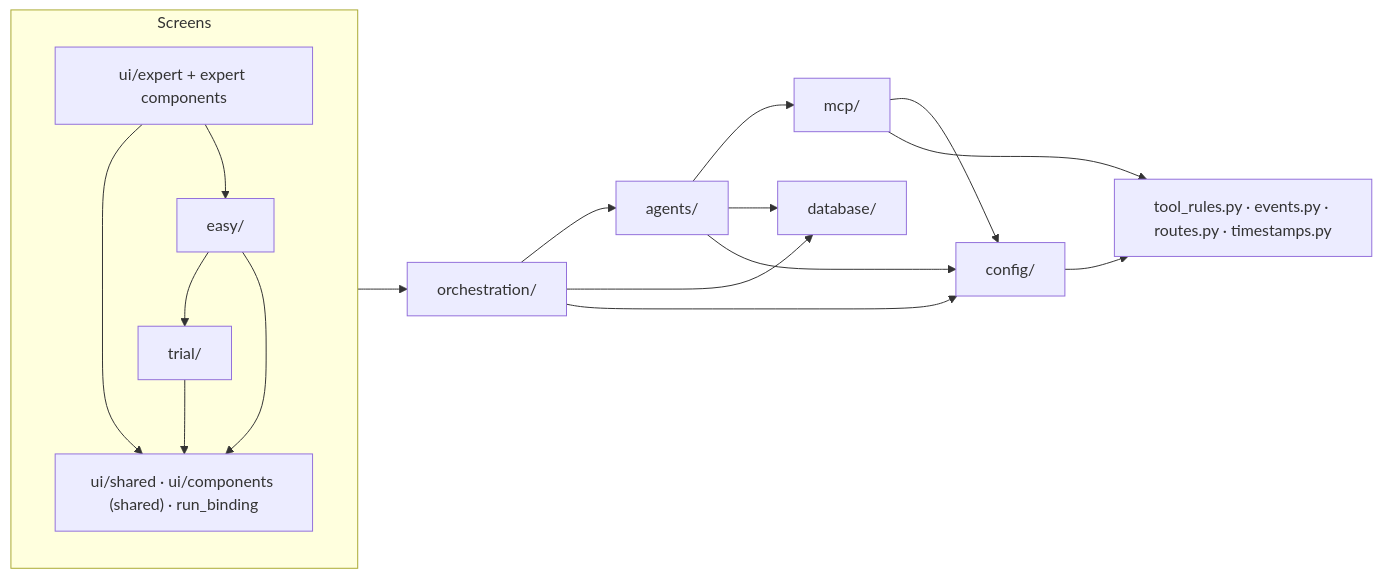
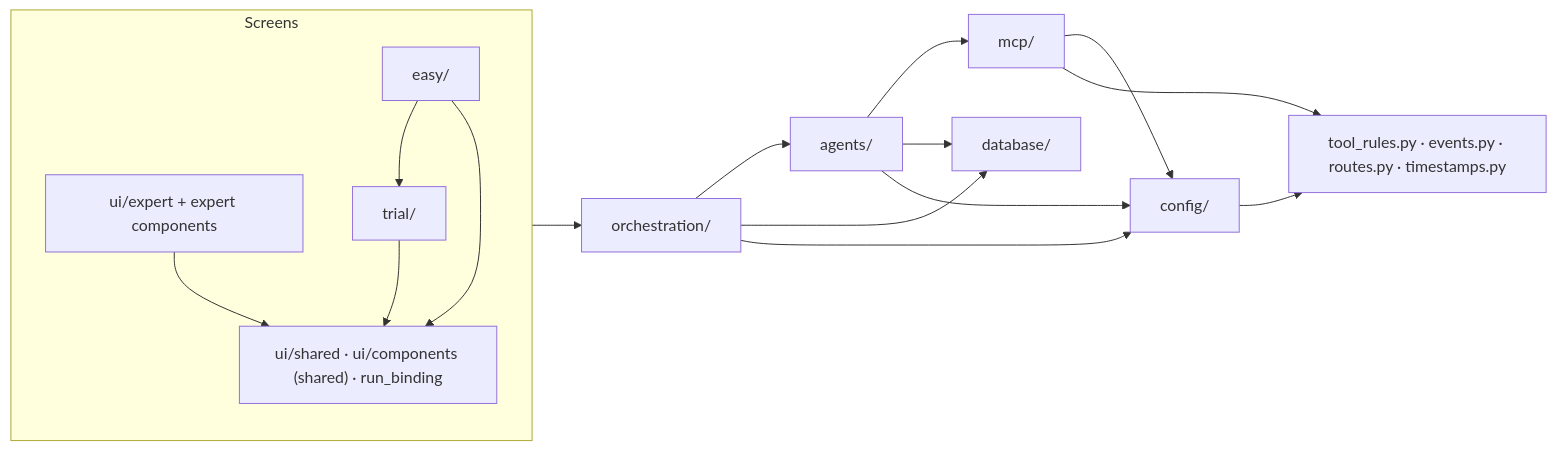
Before and after one commit to HaJaehee/MultiAgentDebateAndOrchestrationPlatform: the first of 2 diagrams in wiki/architecture/module-boundaries.md, drawn with Mermaid. The commit also changed other lines of this file and 66 other files, not shown here.

````diff
--- a/wiki/architecture/module-boundaries.md
+++ b/wiki/architecture/module-boundaries.md
@@ -12,31 +12,30 @@
 ```mermaid
 flowchart LR
     subgraph Screens
         Expert["ui/expert + expert components"]
         Trial["trial/"]
         Easy["easy/"]
         Shared["ui/shared · ui/components (shared) · run_binding"]
     end
     Orchestration["orchestration/"]
     Agents["agents/"]
     MCP["mcp/"]
     Database["database/"]
     Config["config/"]
     Rules["tool_rules.py · events.py · routes.py · timestamps.py"]
 
     Expert --> Shared
     Trial --> Shared
     Easy --> Shared
     Easy --> Trial
-    Expert --> Easy
     Screens --> Orchestration
     Orchestration --> Agents
     Orchestration --> Database
     Agents --> MCP
     Agents --> Database
     MCP --> Config
     Agents --> Config
     Orchestration --> Config
     Config --> Rules
     MCP --> Rules
 ```
````
